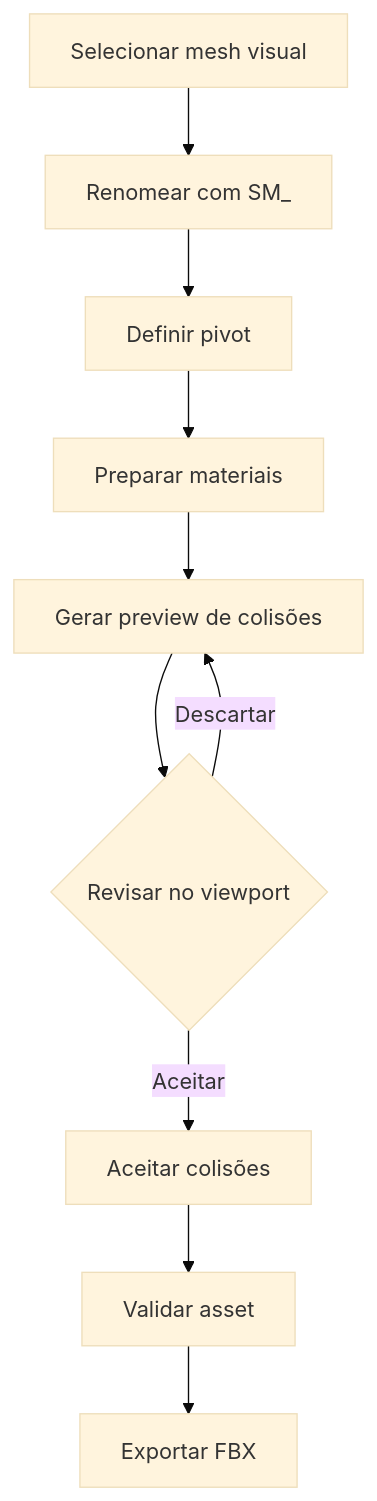
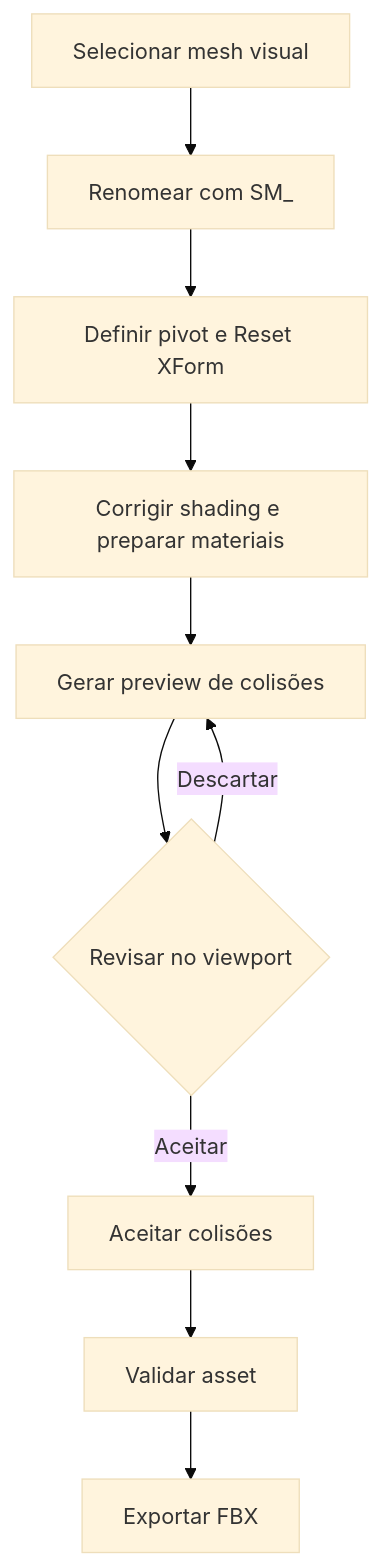
The first of 2 diagrams in README.md (FernandoSilvaC/NoobForge-Release), drawn with Mermaid (base theme) before and after one commit. The commit also changed other lines of this file, not shown here.

````diff
--- a/README.md
+++ b/README.md
@@ -123,12 +128,12 @@
 ```mermaid
 graph TD
     A[Selecionar mesh visual] --> B[Renomear com SM_]
-    B --> C[Definir pivot]
-    C --> D[Preparar materiais]
+    B --> C[Definir pivot e Reset XForm]
+    C --> D[Corrigir shading e preparar materiais]
     D --> E[Gerar preview de colisões]
     E --> F{Revisar no viewport}
     F -->|Aceitar| G[Aceitar colisões]
     F -->|Descartar| E
     G --> H[Validar asset]
     H --> I[Exportar FBX]
 ```
````
